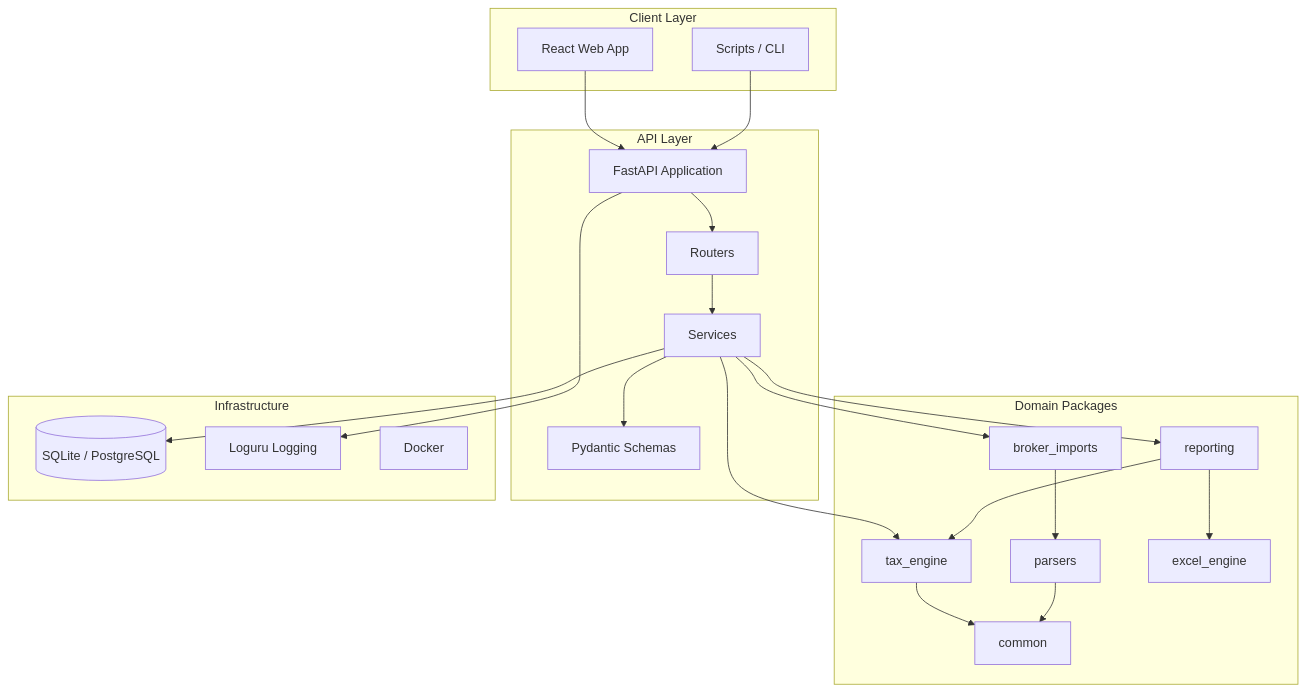
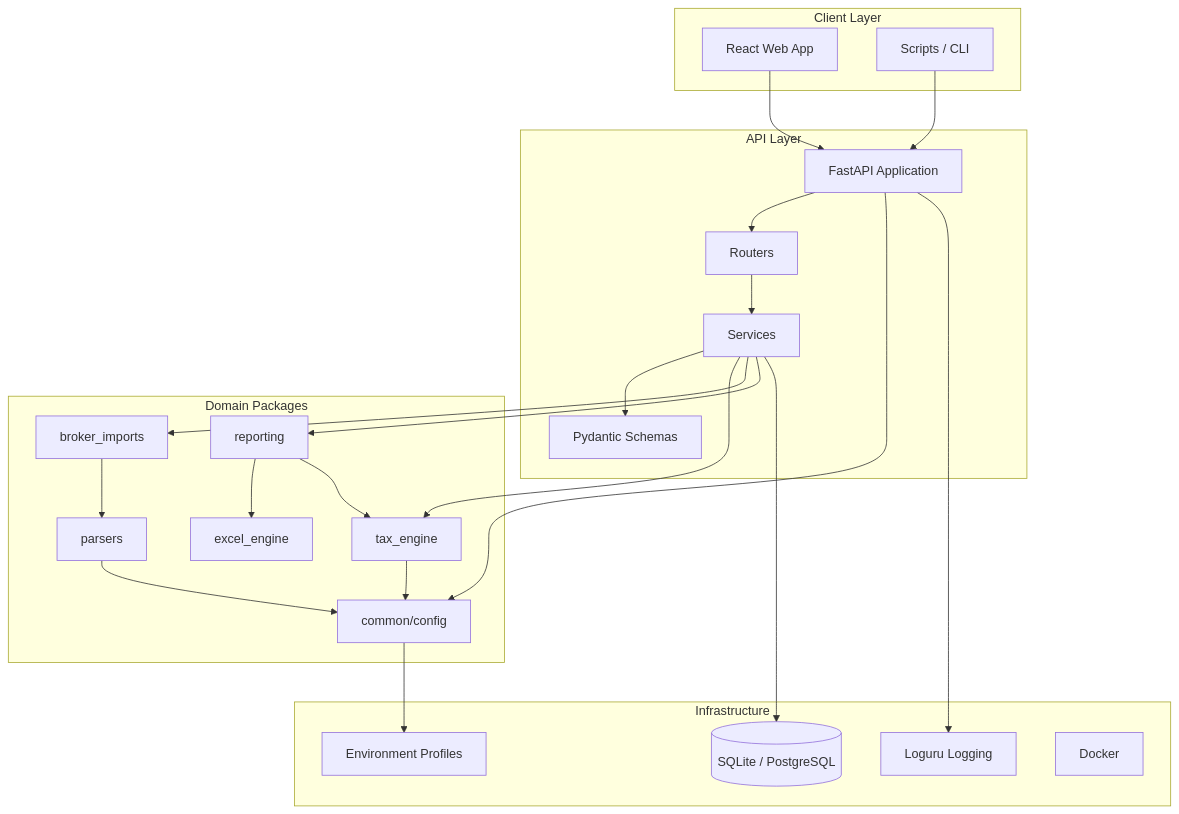
One commit to nbhushan108/ITcopilot changed the first of 4 diagrams in docs/architecture.md. Above: the diagram before and after it, drawn with Mermaid. The commit also changed other lines of this file and 61 other files, not shown here.

````diff
--- a/docs/architecture.md
+++ b/docs/architecture.md
@@ -7,45 +7,48 @@
 ```mermaid
 graph TB
     subgraph Client Layer
         WEB[React Web App]
         CLI[Scripts / CLI]
     end
 
     subgraph API Layer
         FAST[FastAPI Application]
         ROUTERS[Routers]
         SERVICES[Services]
         SCHEMAS[Pydantic Schemas]
     end
 
     subgraph Domain Packages
         TAX[tax_engine]
         PARSE[parsers]
         BROKER[broker_imports]
         EXCEL[excel_engine]
         REPORT[reporting]
-        COMMON[common]
+        CONFIG[common/config]
     end
 
     subgraph Infrastructure
         DB[(SQLite / PostgreSQL)]
         LOG[Loguru Logging]
+        ENV[Environment Profiles]
         DOCKER[Docker]
     end
 
     WEB --> FAST
     CLI --> FAST
     FAST --> ROUTERS
     ROUTERS --> SERVICES
     SERVICES --> SCHEMAS
     SERVICES --> TAX
     SERVICES --> BROKER
     SERVICES --> REPORT
-    TAX --> COMMON
-    PARSE --> COMMON
+    TAX --> CONFIG
+    PARSE --> CONFIG
+    FAST --> CONFIG
+    CONFIG --> ENV
     BROKER --> PARSE
     REPORT --> EXCEL
     REPORT --> TAX
     SERVICES --> DB
     FAST --> LOG
 ```
````
